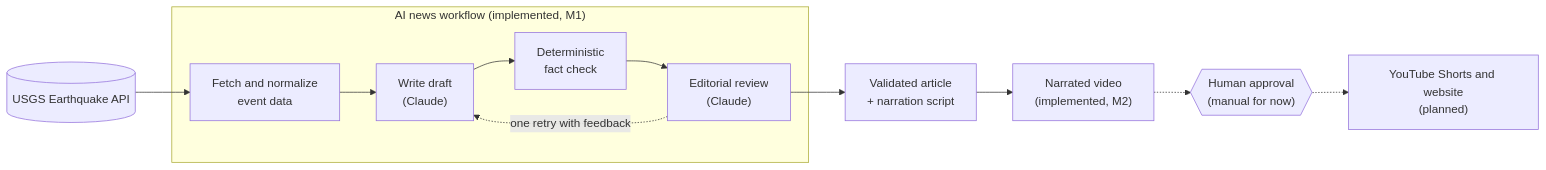
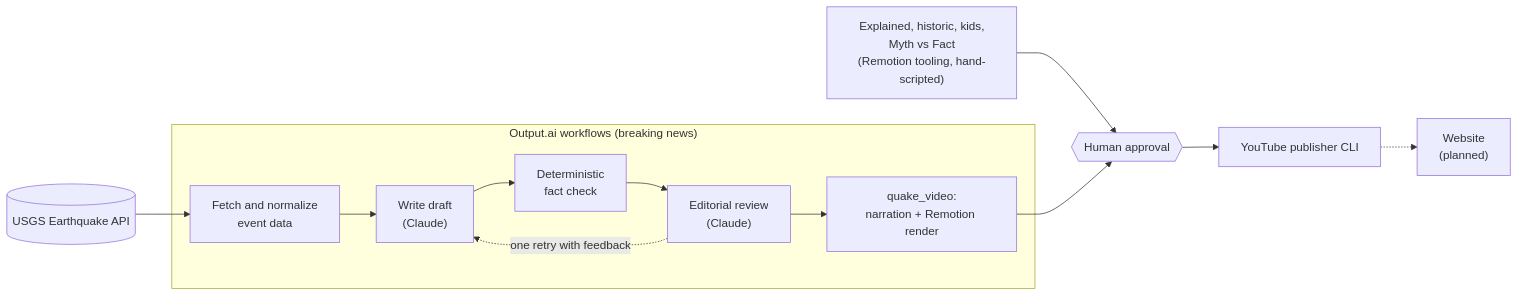
The diagram in README.md (steffencrespo/next-huge-quake), drawn with Mermaid before and after one commit. The commit also changed other lines of this file and 3 other files, not shown here.

First line of the commit message:
Add roadmap and decision log; refresh project status and README (#34)

````diff
--- a/README.md
+++ b/README.md
@@ -50,14 +53,15 @@
 ```mermaid
 flowchart LR
     USGS[("USGS Earthquake API")] --> Fetch["Fetch and normalize<br/>event data"]
-    subgraph M1["AI news workflow (implemented, M1)"]
+    subgraph OA["Output.ai workflows (breaking news)"]
         Fetch --> Write["Write draft<br/>(Claude)"]
         Write --> Check["Deterministic<br/>fact check"]
         Check --> Review["Editorial review<br/>(Claude)"]
         Review -. "one retry with feedback" .-> Write
+        Review --> Video["quake_video:<br/>narration + Remotion render"]
     end
-    Review --> Draft["Validated article<br/>+ narration script"]
-    Draft --> Video["Narrated video<br/>(implemented, M2)"]
-    Video -.-> Approve{{"Human approval<br/>(manual for now)"}}
-    Approve -.-> Publish["YouTube Shorts and website<br/>(planned)"]
+    Edu["Explained, historic, kids,<br/>Myth vs Fact<br/>(Remotion tooling, hand-scripted)"] --> Approve
+    Video --> Approve{{"Human approval"}}
+    Approve --> Publish["YouTube publisher CLI"]
+    Publish -.-> Site["Website<br/>(planned)"]
 ```
````
